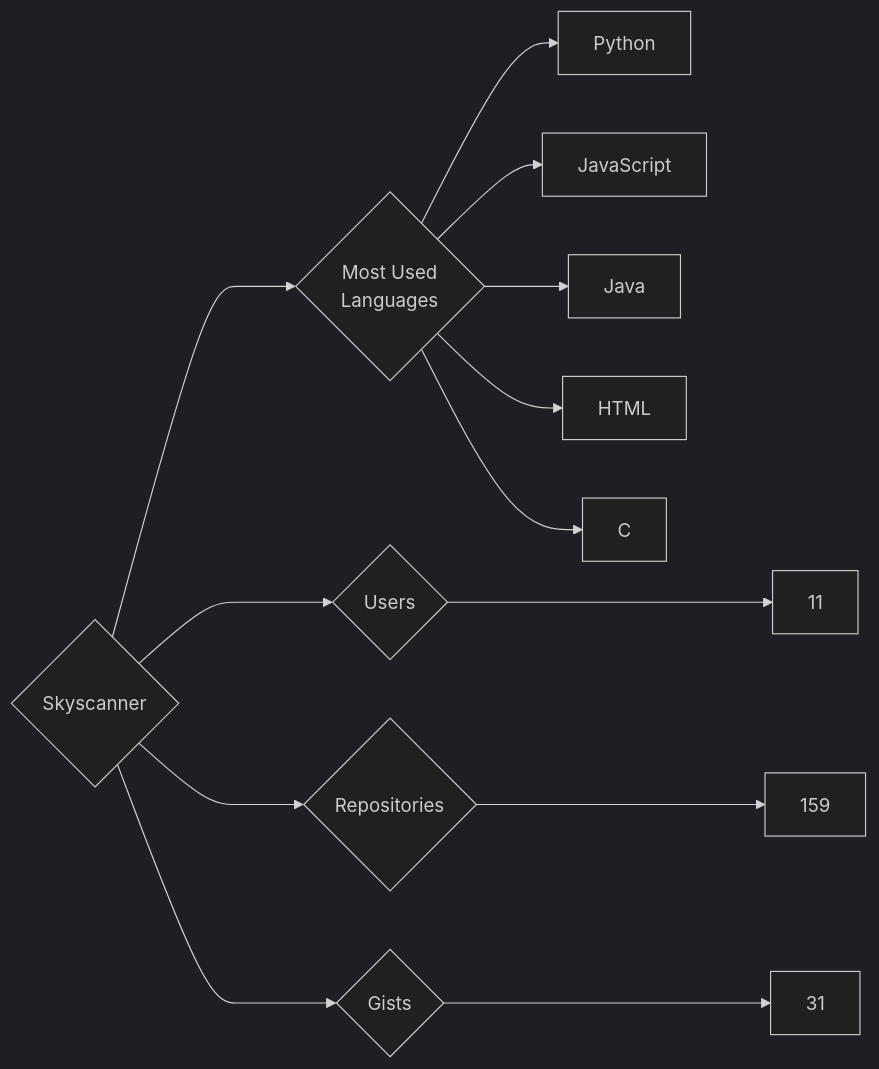
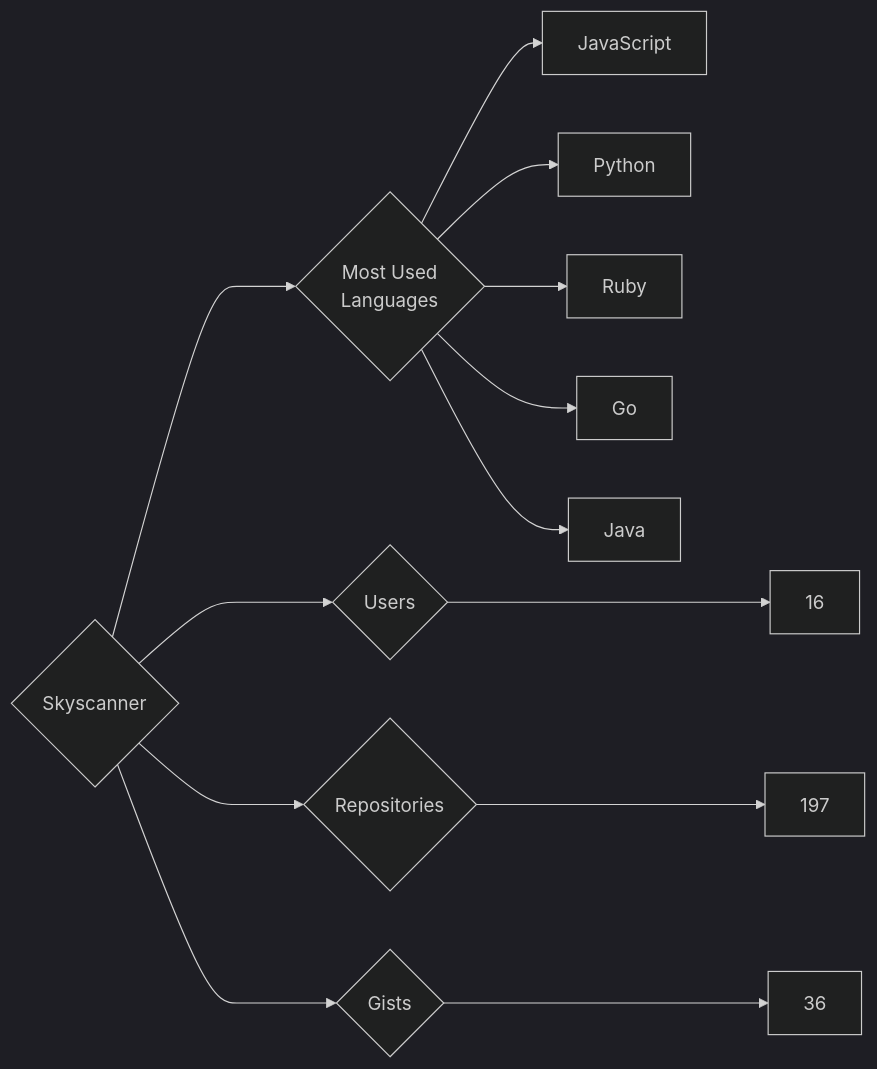
Before and after one commit to trickest/insiders: the diagram in targets/Skyscanner/README.md, drawn with Mermaid (dark theme). The commit also changed 928 other files, not shown here.

````diff
--- a/targets/Skyscanner/README.md
+++ b/targets/Skyscanner/README.md
@@ -3,13 +3,13 @@
 ```mermaid
 graph LR
 COMPANY_NAME{Skyscanner}
-COMPANY_NAME ---> U{Users} ---> UN[11]
-COMPANY_NAME ---> R{Repositories} ---> RN[159]
-COMPANY_NAME ---> G{Gists} ---> GN[31]
+COMPANY_NAME ---> U{Users} ---> UN[16]
+COMPANY_NAME ---> R{Repositories} ---> RN[197]
+COMPANY_NAME ---> G{Gists} ---> GN[36]
 COMPANY_NAME ---> ML{Most Used<br>Languages}
+ML --> JavaScript[JavaScript]
 ML --> Python[Python]
-ML --> JavaScript[JavaScript]
+ML --> Ruby[Ruby]
+ML --> Go[Go]
 ML --> Java[Java]
-ML --> HTML[HTML]
-ML --> C[C]
 ```
````
